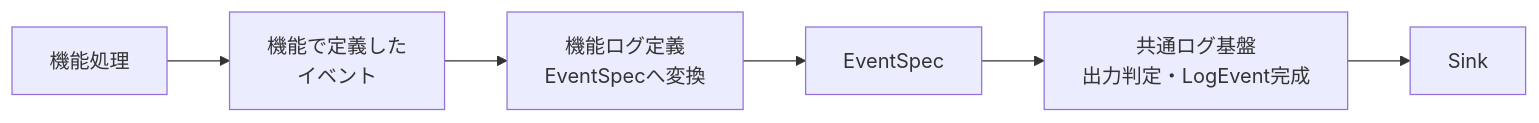
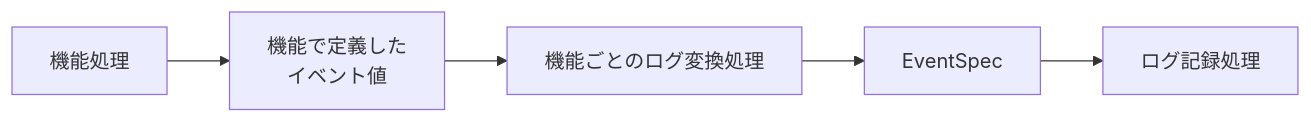
One commit to takashit16833/RAGScope changed the first of 2 diagrams in project-docs/design/structured-logging/AI推論サービス構造化ログ設計.md. Above: the diagram before and after it, drawn with Mermaid. The commit also changed other lines of this file, not shown here.

````diff
--- a/project-docs/design/structured-logging/AI推論サービス構造化ログ設計.md
+++ b/project-docs/design/structured-logging/AI推論サービス構造化ログ設計.md
@@ -15,11 +17,10 @@
 ```mermaid
 flowchart LR
     Feature["機能処理"]
-    FeatureEvent["機能で定義した<br>イベント"]
-    FeatureLogging["機能ログ定義<br>EventSpecへ変換"]
+    FeatureEvent["機能で定義した<br>イベント値"]
+    Convert["機能ごとのログ変換処理"]
     EventSpec["EventSpec"]
-    Logging["共通ログ基盤<br>出力判定・LogEvent完成"]
-    Sink["Sink"]
+    Record["ログ記録処理"]
 
-    Feature --> FeatureEvent --> FeatureLogging --> EventSpec --> Logging --> Sink
+    Feature --> FeatureEvent --> Convert --> EventSpec --> Record
 ```
````
